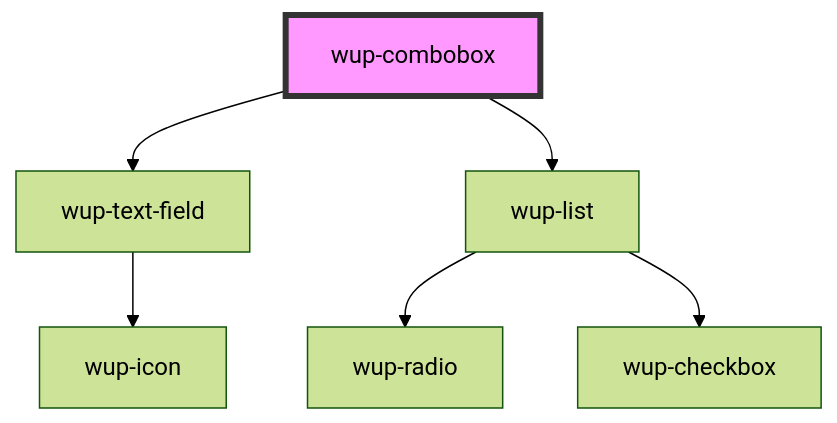
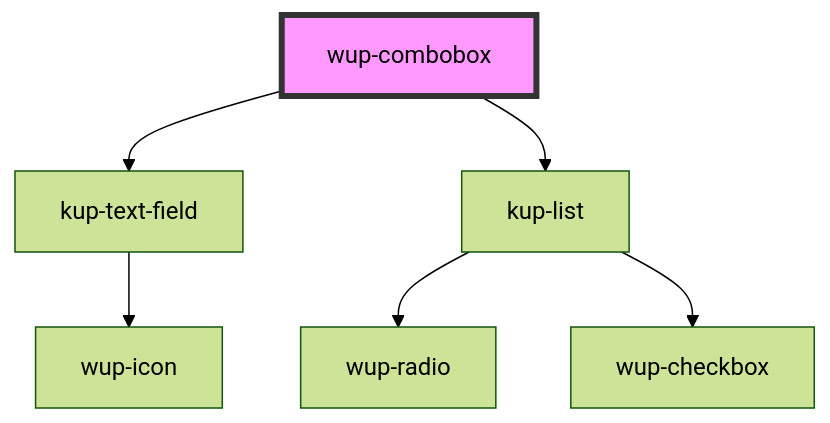
The diagram in packages/ketchup/src/components/wup-combobox/readme.md (smeup/ketchup), drawn with Mermaid (forest theme) before and after one commit. The commit also changed other lines of this file and 47 other files, not shown here.

Commit message:
list, switch, text-field, tab-bar

````diff
--- a/packages/ketchup/src/components/wup-combobox/readme.md
+++ b/packages/ketchup/src/components/wup-combobox/readme.md
@@ -38,9 +36,9 @@
 ```mermaid
 graph TD;
-  wup-combobox --> wup-text-field
-  wup-combobox --> wup-list
-  wup-text-field --> wup-icon
-  wup-list --> wup-radio
-  wup-list --> wup-checkbox
+  wup-combobox --> kup-text-field
+  wup-combobox --> kup-list
+  kup-text-field --> wup-icon
+  kup-list --> wup-radio
+  kup-list --> wup-checkbox
   style wup-combobox fill:#f9f,stroke:#333,stroke-width:4px
 ```
````
